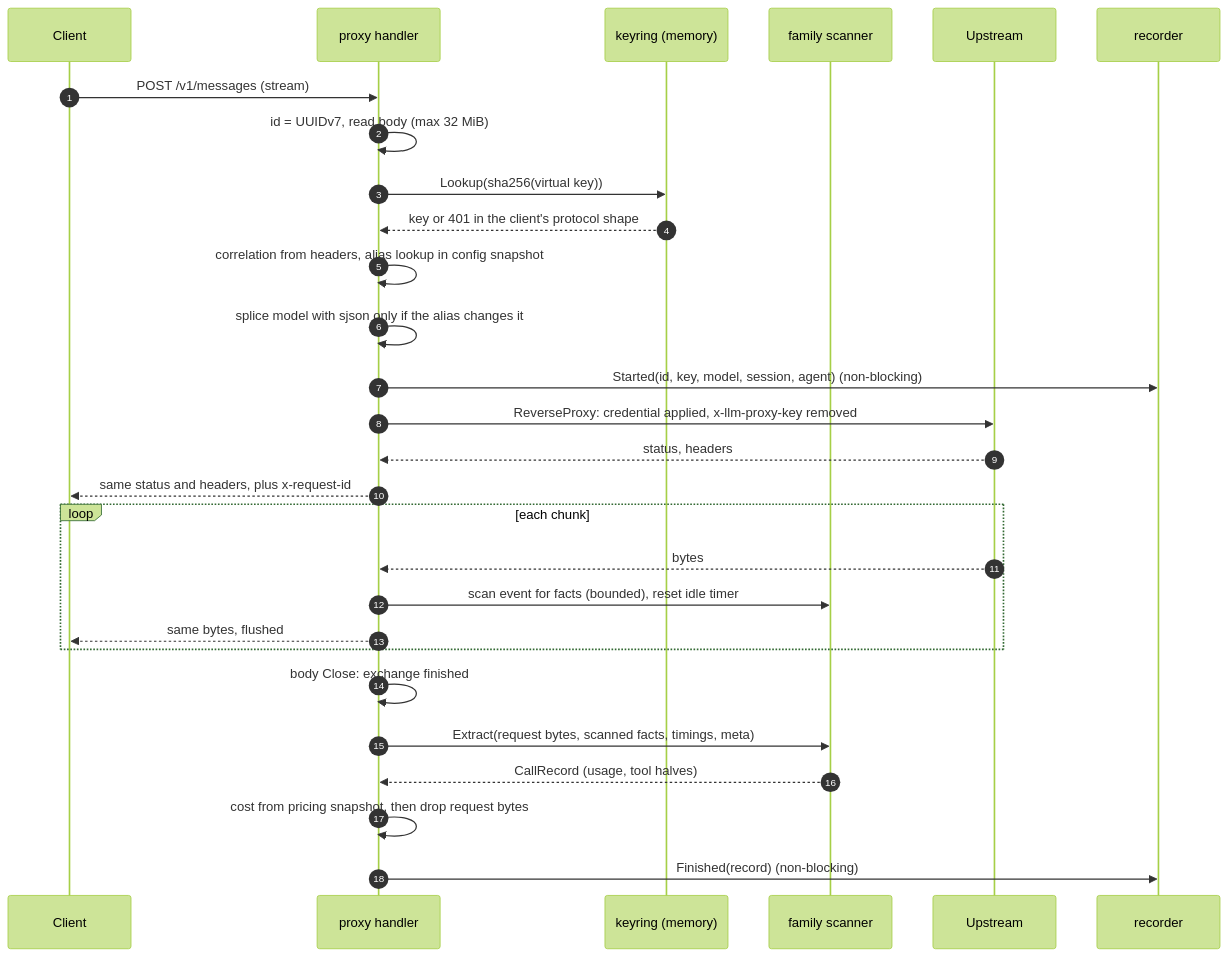
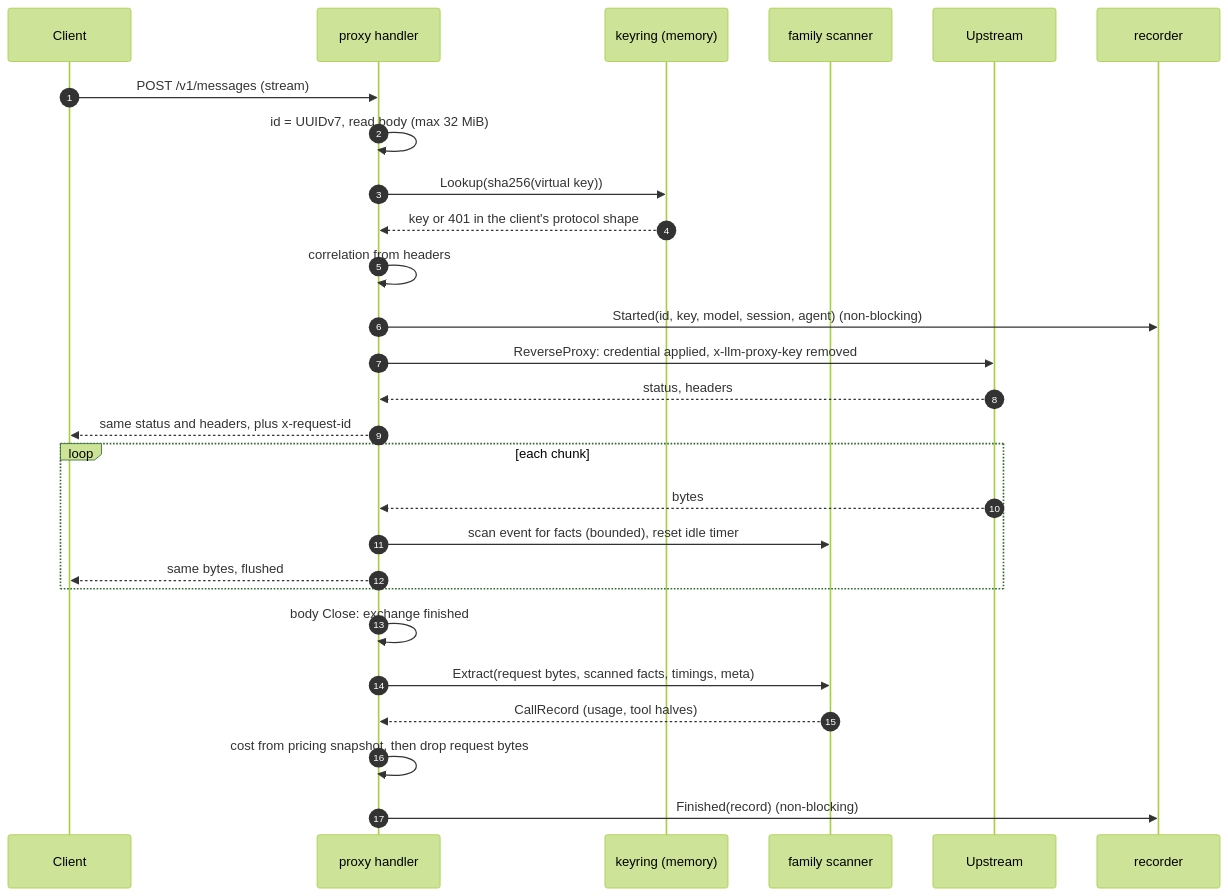
The second of 3 diagrams in docs/architecture/backend.md (mtanzi/llm-proxy), drawn with Mermaid (forest theme) before and after one commit. The commit also changed other lines of this file and 5 other files, not shown here.

````diff
--- a/docs/architecture/backend.md
+++ b/docs/architecture/backend.md
@@ -403,31 +400,30 @@
 ```mermaid
 sequenceDiagram
     autonumber
     participant C as Client
     participant P as proxy handler
     participant K as keyring (memory)
     participant F as family scanner
     participant U as Upstream
     participant R as recorder
 
     C->>P: POST /v1/messages (stream)
     P->>P: id = UUIDv7, read body (max 32 MiB)
     P->>K: Lookup(sha256(virtual key))
     K-->>P: key or 401 in the client's protocol shape
-    P->>P: correlation from headers, alias lookup in config snapshot
-    P->>P: splice model with sjson only if the alias changes it
+    P->>P: correlation from headers
     P->>R: Started(id, key, model, session, agent) (non-blocking)
     P->>U: ReverseProxy: credential applied, x-llm-proxy-key removed
     U-->>P: status, headers
     P-->>C: same status and headers, plus x-request-id
     loop each chunk
         U-->>P: bytes
         P->>F: scan event for facts (bounded), reset idle timer
         P-->>C: same bytes, flushed
     end
     P->>P: body Close: exchange finished
     P->>F: Extract(request bytes, scanned facts, timings, meta)
     F-->>P: CallRecord (usage, tool halves)
     P->>P: cost from pricing snapshot, then drop request bytes
     P->>R: Finished(record) (non-blocking)
 ```
````
